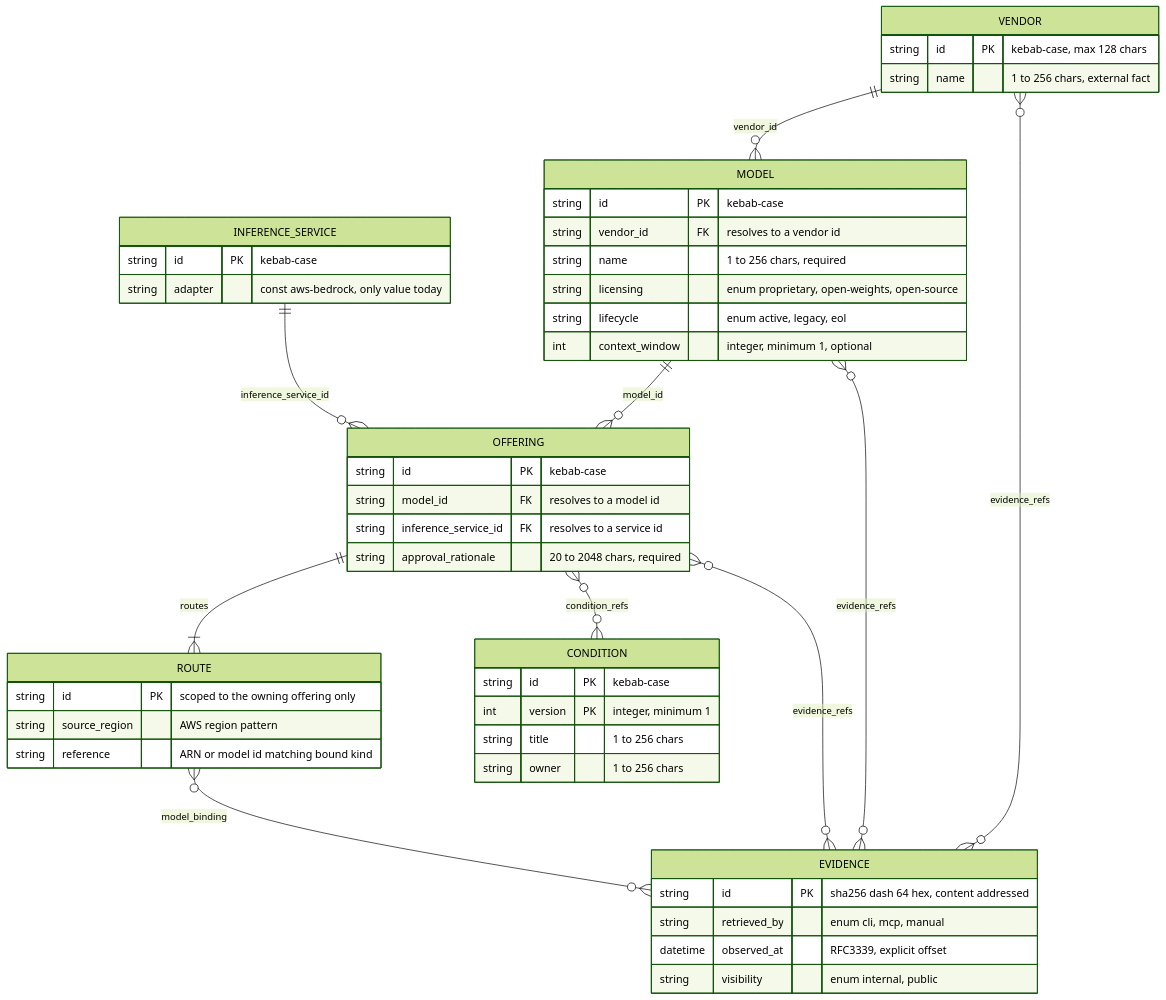
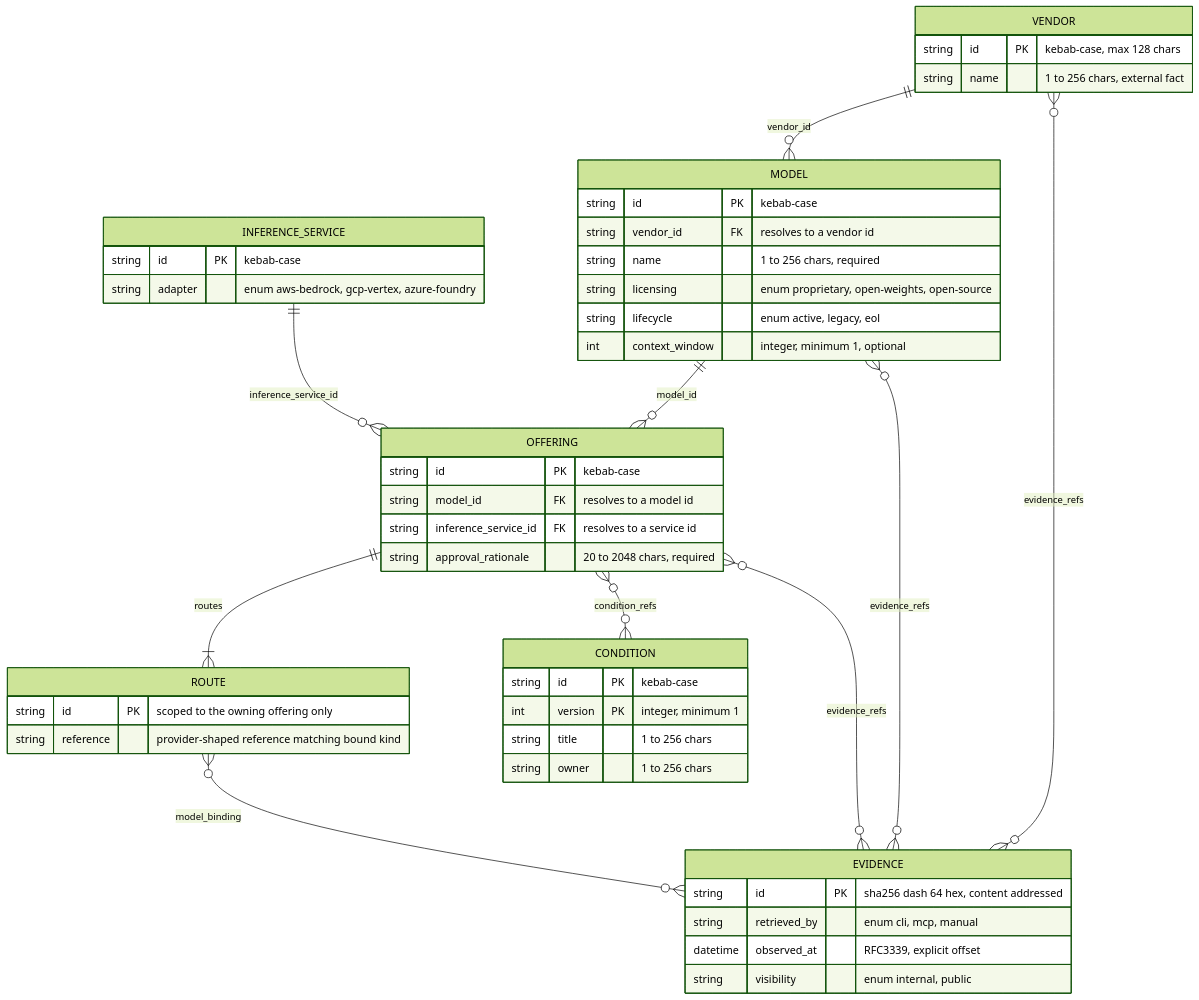
The diagram in docs/catalogue-schema-ledger.md (j3brns996/Modelo), drawn with Mermaid (forest theme) before and after one commit. The commit also changed other lines of this file and 14 other files, not shown here.

First line of the commit message:
fix(schemas): wire GCP Vertex AI and Azure AI Foundry into the catalogue graph (Phase 1) (#59)

````diff
--- a/docs/catalogue-schema-ledger.md
+++ b/docs/catalogue-schema-ledger.md
@@ -12,52 +12,51 @@
 ```mermaid
 erDiagram
     VENDOR {
         string id PK "kebab-case, max 128 chars"
         string name "1 to 256 chars, external fact"
     }
     MODEL {
         string id PK "kebab-case"
         string vendor_id FK "resolves to a vendor id"
         string name "1 to 256 chars, required"
         string licensing "enum proprietary, open-weights, open-source"
         string lifecycle "enum active, legacy, eol"
         int context_window "integer, minimum 1, optional"
     }
     INFERENCE_SERVICE {
         string id PK "kebab-case"
-        string adapter "const aws-bedrock, only value today"
+        string adapter "enum aws-bedrock, gcp-vertex, azure-foundry"
     }
     OFFERING {
         string id PK "kebab-case"
         string model_id FK "resolves to a model id"
         string inference_service_id FK "resolves to a service id"
         string approval_rationale "20 to 2048 chars, required"
     }
     ROUTE {
         string id PK "scoped to the owning offering only"
-        string source_region "AWS region pattern"
-        string reference "ARN or model id matching bound kind"
+        string reference "provider-shaped reference matching bound kind"
     }
     CONDITION {
         string id PK "kebab-case"
         int version PK "integer, minimum 1"
         string title "1 to 256 chars"
         string owner "1 to 256 chars"
     }
     EVIDENCE {
         string id PK "sha256 dash 64 hex, content addressed"
         string retrieved_by "enum cli, mcp, manual"
         datetime observed_at "RFC3339, explicit offset"
         string visibility "enum internal, public"
     }
 
     VENDOR ||--o{ MODEL : vendor_id
     MODEL ||--o{ OFFERING : model_id
     INFERENCE_SERVICE ||--o{ OFFERING : inference_service_id
     OFFERING ||--|{ ROUTE : routes
     OFFERING }o--o{ CONDITION : condition_refs
     VENDOR }o--o{ EVIDENCE : evidence_refs
     MODEL }o--o{ EVIDENCE : evidence_refs
     OFFERING }o--o{ EVIDENCE : evidence_refs
     ROUTE }o--o{ EVIDENCE : model_binding
 ```
````
